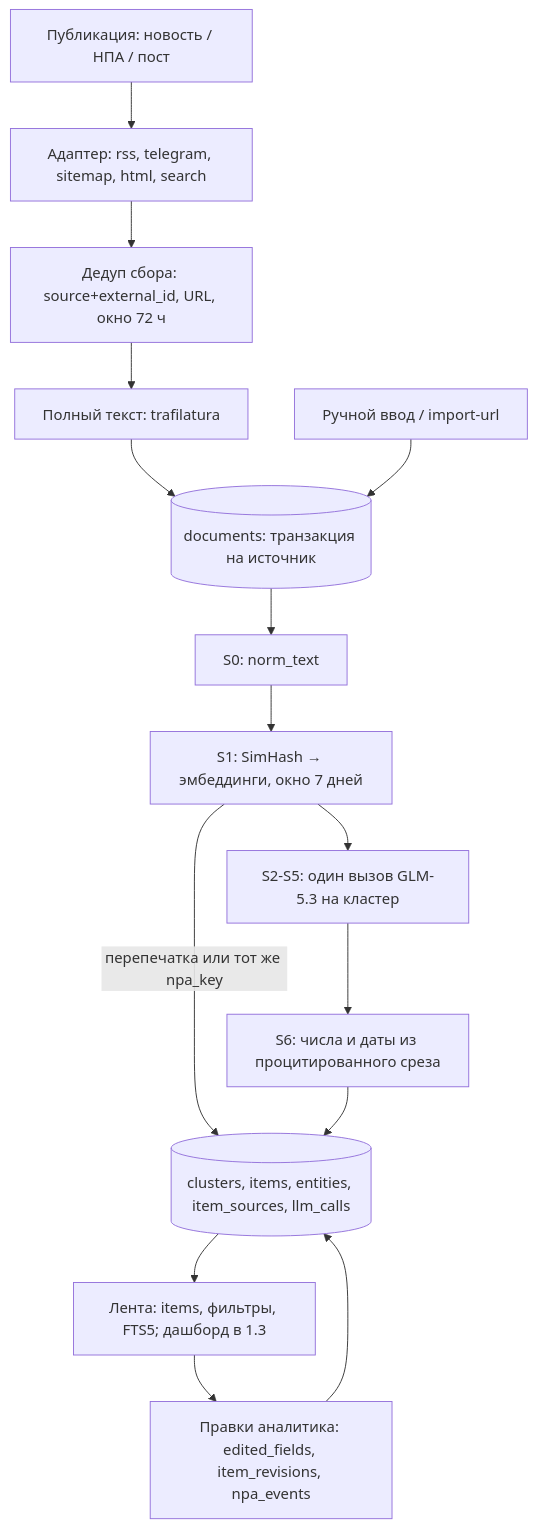
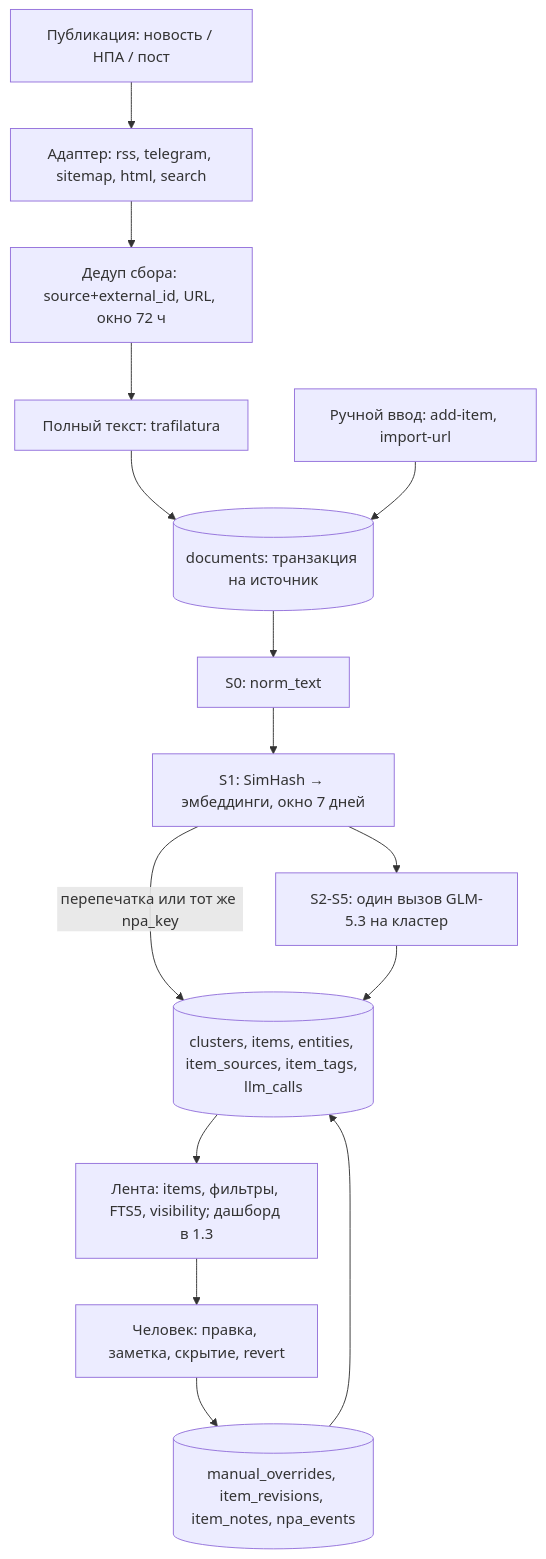
Before and after one commit to youngwow/ai-analytics-hub: the third of 3 diagrams in docs/architecture.md, drawn with Mermaid. The commit also changed other lines of this file and 38 other files, not shown here.

````diff
--- a/docs/architecture.md
+++ b/docs/architecture.md
@@ -55,17 +77,17 @@
 ```mermaid
 flowchart TD
     S[Публикация: новость / НПА / пост] --> AD[Адаптер: rss, telegram, sitemap, html, search]
     AD --> DD1[Дедуп сбора: source+external_id, URL, окно 72 ч]
     DD1 --> FT[Полный текст: trafilatura]
     FT --> ST[(documents: транзакция на источник)]
-    M[Ручной ввод / import-url] --> ST
+    M[Ручной ввод: add-item, import-url] --> ST
     ST --> N[S0: norm_text]
     N --> DD2[S1: SimHash → эмбеддинги, окно 7 дней]
     DD2 -->|перепечатка или тот же npa_key| IT
     DD2 --> LLM[S2-S5: один вызов GLM-5.3 на кластер]
-    LLM --> G[S6: числа и даты из процитированного среза]
-    G --> IT[(clusters, items, entities, item_sources, llm_calls)]
-    IT --> FEED[Лента: items, фильтры, FTS5; дашборд в 1.3]
-    FEED --> EDIT[Правки аналитика: edited_fields, item_revisions, npa_events]
-    EDIT --> IT
+    LLM --> IT[(clusters, items, entities, item_sources, item_tags, llm_calls)]
+    IT --> FEED[Лента: items, фильтры, FTS5, visibility; дашборд в 1.3]
+    FEED --> EDIT[Человек: правка, заметка, скрытие, revert]
+    EDIT --> HIST[(manual_overrides, item_revisions, item_notes, npa_events)]
+    HIST --> IT
 ```
````
